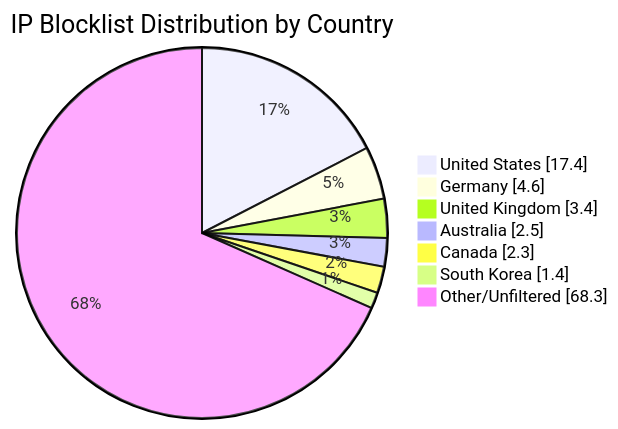
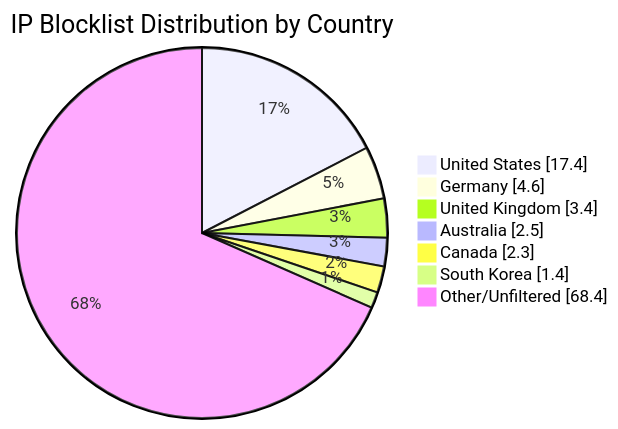
The diagram in README.md (MarcusHoltz/ipblocklist-geofiltered-aggregator), drawn with Mermaid before and after one commit. The commit also changed other lines of this file and 9 other files, not shown here.

````diff
--- a/README.md
+++ b/README.md
@@ -34,10 +34,10 @@
 ```mermaid
 pie showData title IP Blocklist Distribution by Country
 "United States" : 17.4
 "Germany" : 4.6
 "United Kingdom" : 3.4
 "Australia" : 2.5
 "Canada" : 2.3
 "South Korea" : 1.4
-"Other/Unfiltered" : 68.3
+"Other/Unfiltered" : 68.4
 ```
````
